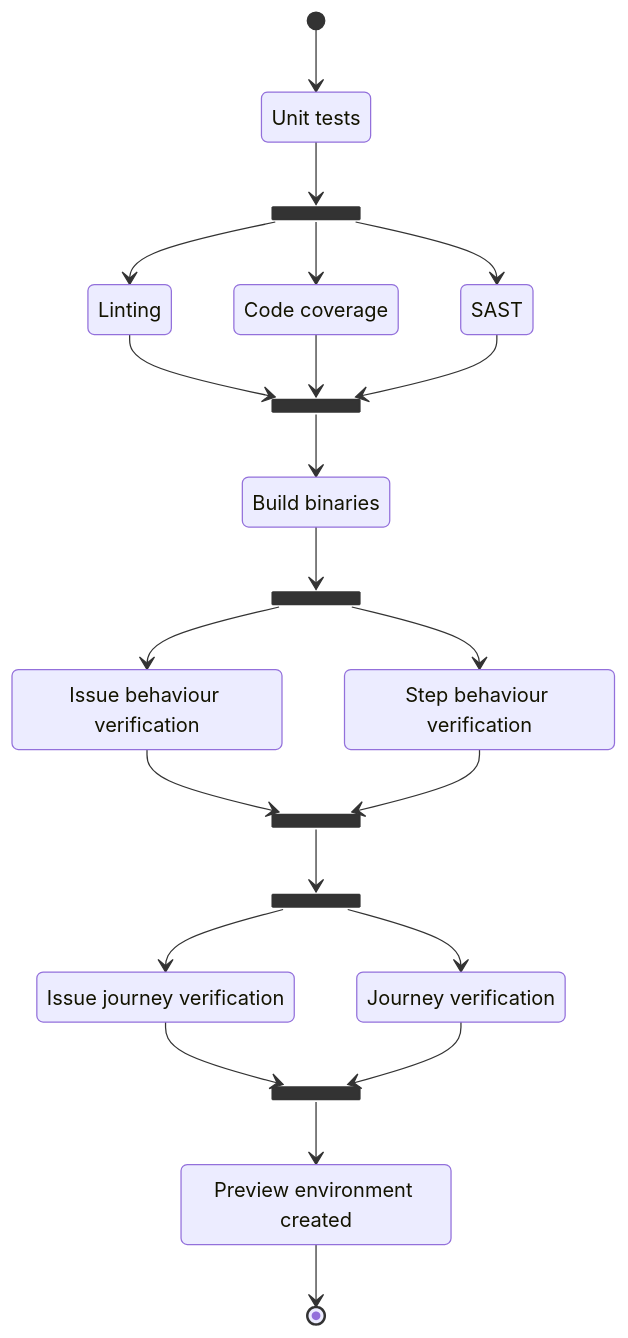
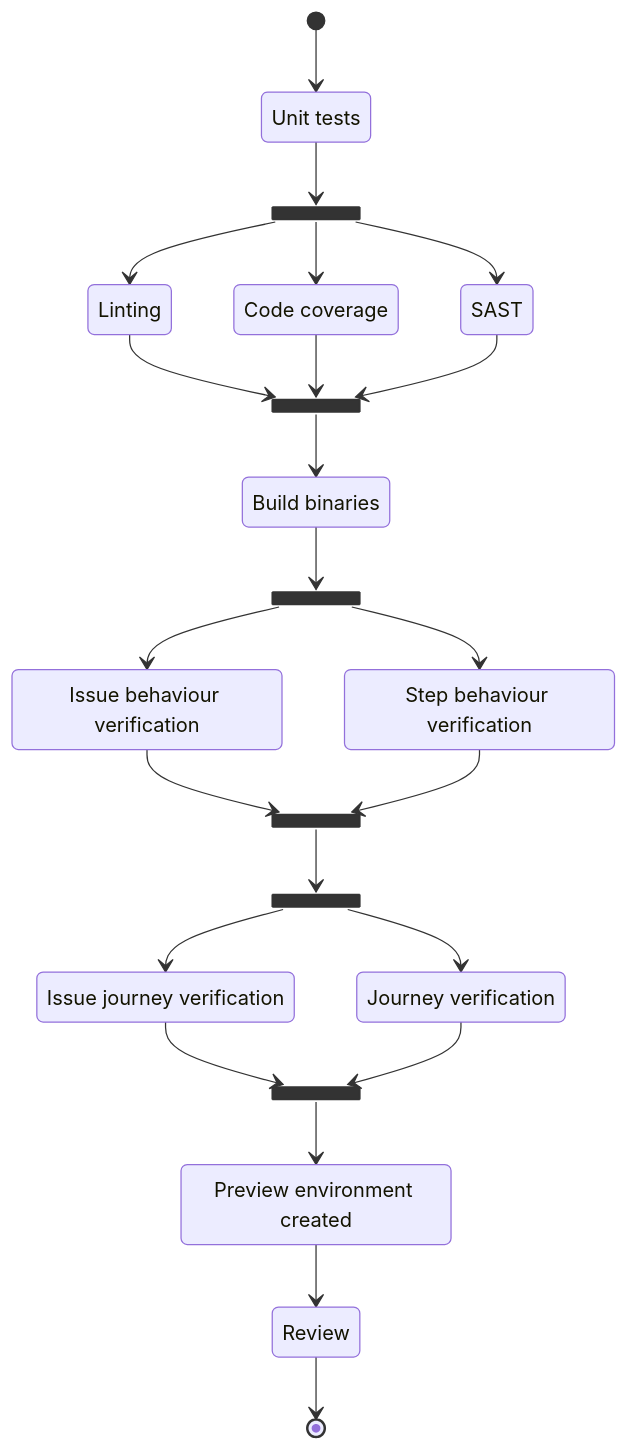
One commit to ContinuousEngineeringProject/ContinuousEngineeringProject.github.io changed the eighth of 10 diagrams in docs/factory_pipelines.md. Above: the diagram before and after it, drawn with Mermaid. The commit also changed other lines of this file, not shown here.

````diff
--- a/docs/factory_pipelines.md
+++ b/docs/factory_pipelines.md
@@ -146,42 +153,44 @@
 ```mermaid
 stateDiagram-v2
   s0 : Unit tests
   s1 : Linting
   s2 : Code coverage
   s3 : SAST
   s4 : Build binaries
   s5 : Issue behaviour verification
   s6 : Step behaviour verification
   s7 : Issue journey verification
   s8 : Journey verification
   s9 : Preview environment created
+  s10 : Review
   
   state f1 <<fork>>
   state j1 <<join>>
   state f2 <<fork>>
   state j2 <<join>>
   state f3 <<fork>>
   state j3 <<join>>
   
   [*] --> s0
   s0 --> f1
   f1 --> s1
   f1 --> s2
   f1 --> s3
   s1 --> j1
   s2 --> j1
   s3 --> j1
   j1 --> s4
   s4 --> f2
   f2 --> s5
   f2 --> s6
   s5 --> j2
   s6 --> j2
   j2 --> f3
   f3 --> s7
   f3 --> s8
   s7 --> j3
   s8 --> j3
   j3 --> s9
-  s9 --> [*]
+  s9 --> s10
+  s10 --> [*]
 ```
````
